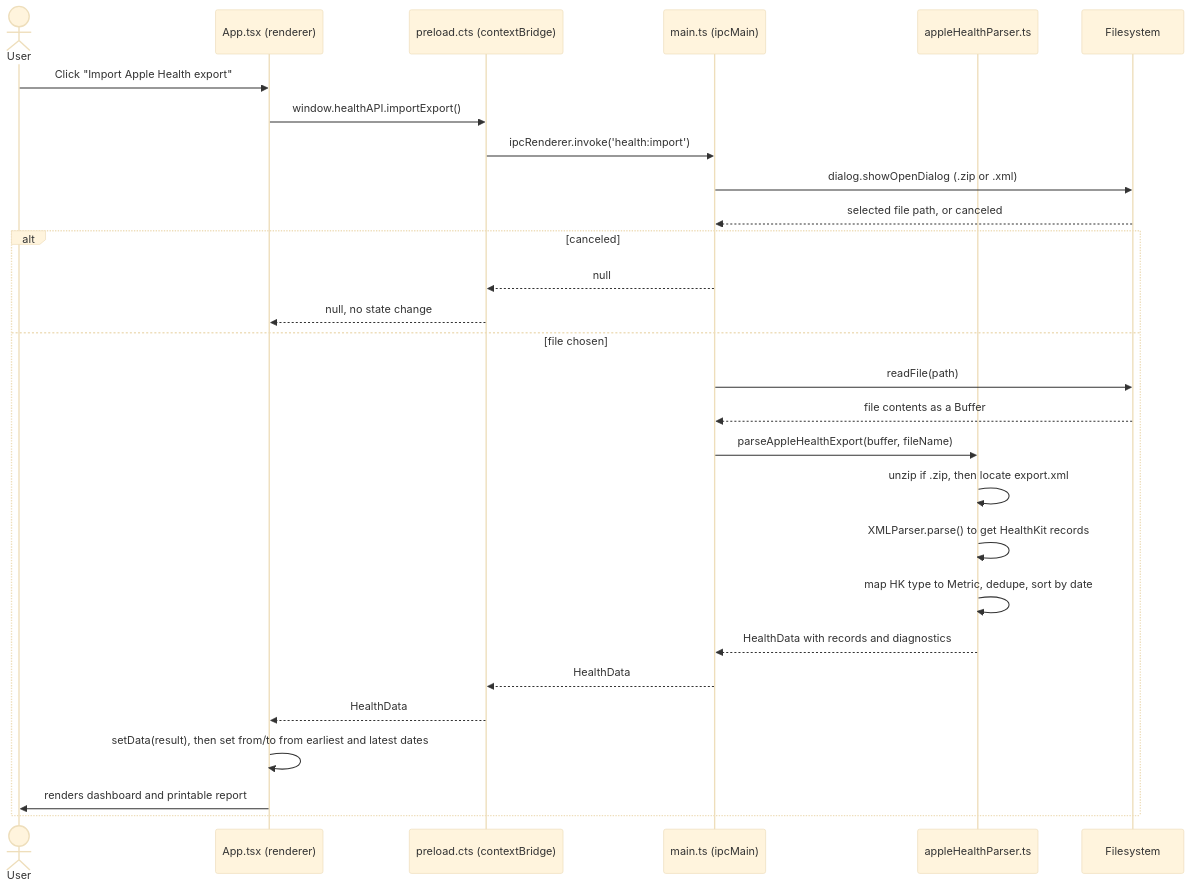
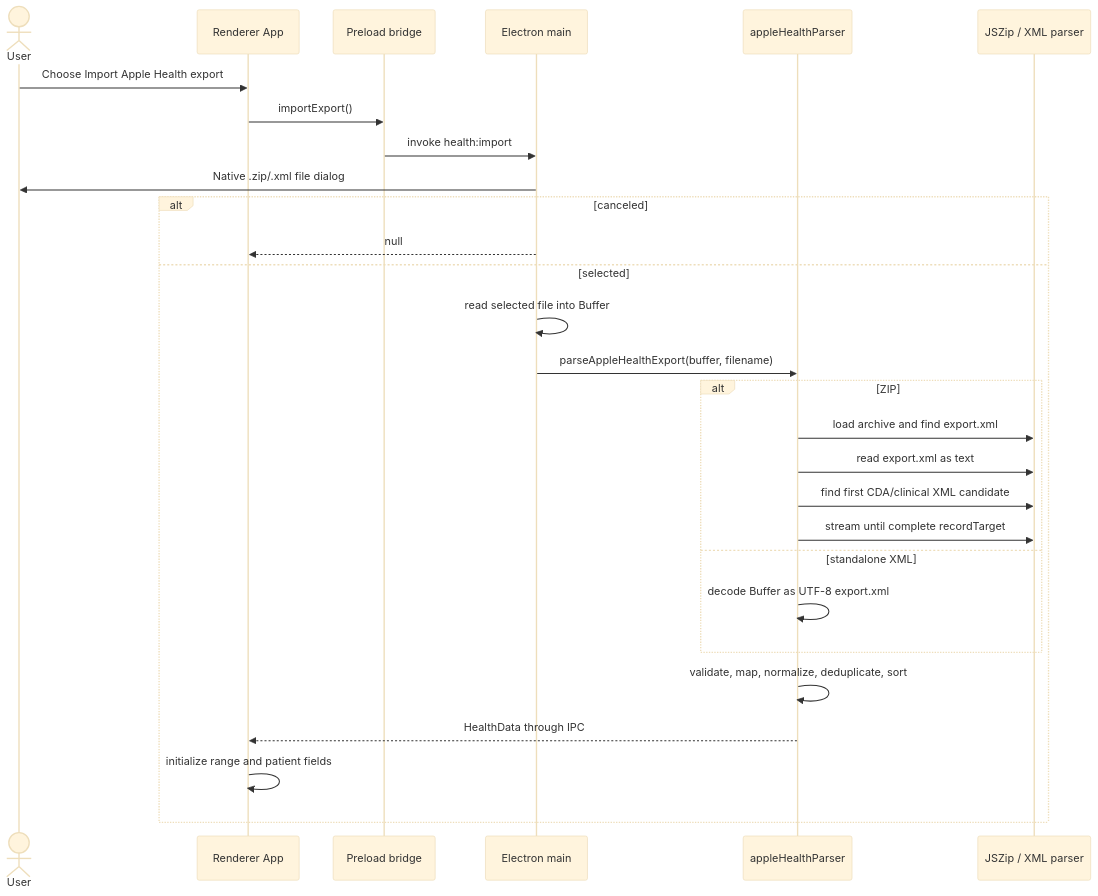
The third of 5 diagrams in docs/ARCHITECTURE.md (kiforsbe/ahdreport), drawn with Mermaid (base theme) before and after one commit. The commit also changed other lines of this file, not shown here.

Commit message:
Update AHDReport architecture documentation

````diff
--- a/docs/ARCHITECTURE.md
+++ b/docs/ARCHITECTURE.md
@@ -222,31 +147,31 @@
 ```mermaid
 sequenceDiagram
     actor User
-    participant UI as App.tsx (renderer)
-    participant Bridge as preload.cts (contextBridge)
-    participant Main as main.ts (ipcMain)
-    participant Parser as appleHealthParser.ts
-    participant FS as Filesystem
+    participant UI as Renderer App
+    participant Bridge as Preload bridge
+    participant Main as Electron main
+    participant Parser as appleHealthParser
+    participant ZIP as JSZip / XML parser
 
-    User->>UI: Click "Import Apple Health export"
-    UI->>Bridge: window.healthAPI.importExport()
-    Bridge->>Main: ipcRenderer.invoke('health:import')
-    Main->>FS: dialog.showOpenDialog (.zip or .xml)
-    FS-->>Main: selected file path, or canceled
+    User->>UI: Choose Import Apple Health export
+    UI->>Bridge: importExport()
+    Bridge->>Main: invoke health:import
+    Main->>User: Native .zip/.xml file dialog
     alt canceled
-        Main-->>Bridge: null
-        Bridge-->>UI: null, no state change
-    else file chosen
-        Main->>FS: readFile(path)
-        FS-->>Main: file contents as a Buffer
-        Main->>Parser: parseAppleHealthExport(buffer, fileName)
-        Parser->>Parser: unzip if .zip, then locate export.xml
-        Parser->>Parser: XMLParser.parse() to get HealthKit records
-        Parser->>Parser: map HK type to Metric, dedupe, sort by date
-        Parser-->>Main: HealthData with records and diagnostics
-        Main-->>Bridge: HealthData
-        Bridge-->>UI: HealthData
-        UI->>UI: setData(result), then set from/to from earliest and latest dates
-        UI->>User: renders dashboard and printable report
+        Main-->>UI: null
+    else selected
+        Main->>Main: read selected file into Buffer
+        Main->>Parser: parseAppleHealthExport(buffer, filename)
+        alt ZIP
+            Parser->>ZIP: load archive and find export.xml
+            Parser->>ZIP: read export.xml as text
+            Parser->>ZIP: find first CDA/clinical XML candidate
+            Parser->>ZIP: stream until complete recordTarget
+        else standalone XML
+            Parser->>Parser: decode Buffer as UTF-8 export.xml
+        end
+        Parser->>Parser: validate, map, normalize, deduplicate, sort
+        Parser-->>UI: HealthData through IPC
+        UI->>UI: initialize range and patient fields
     end
 ```
````
